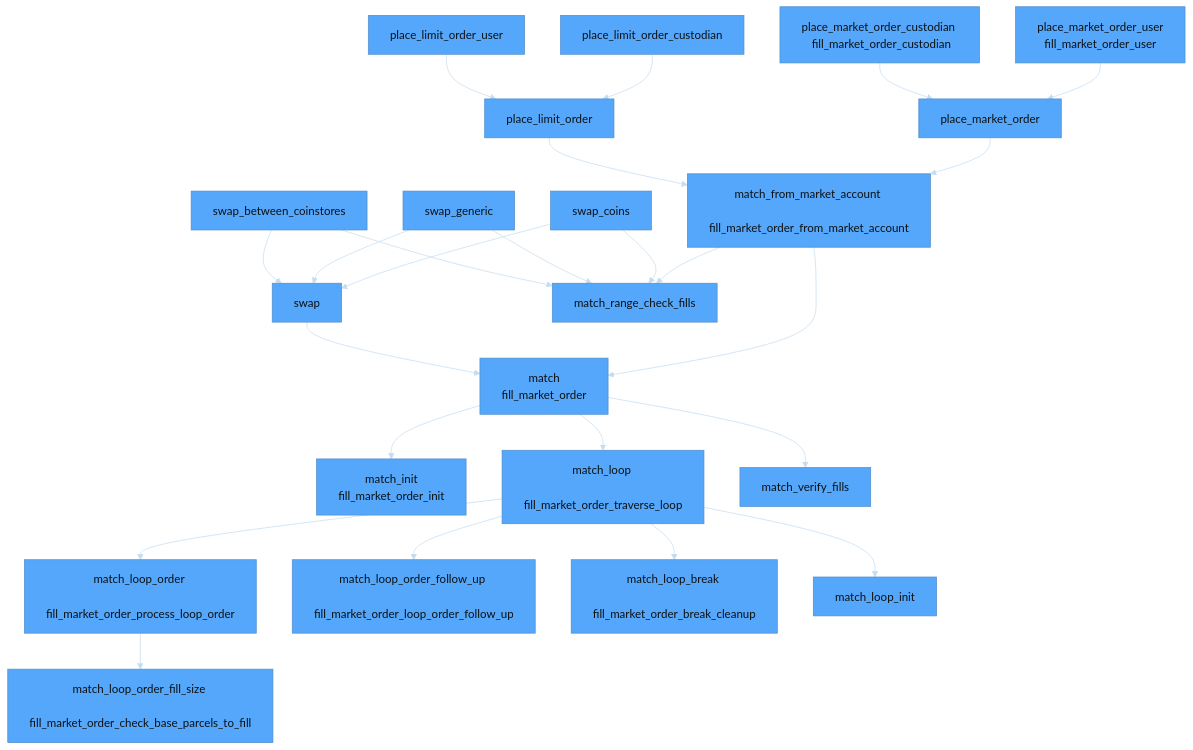
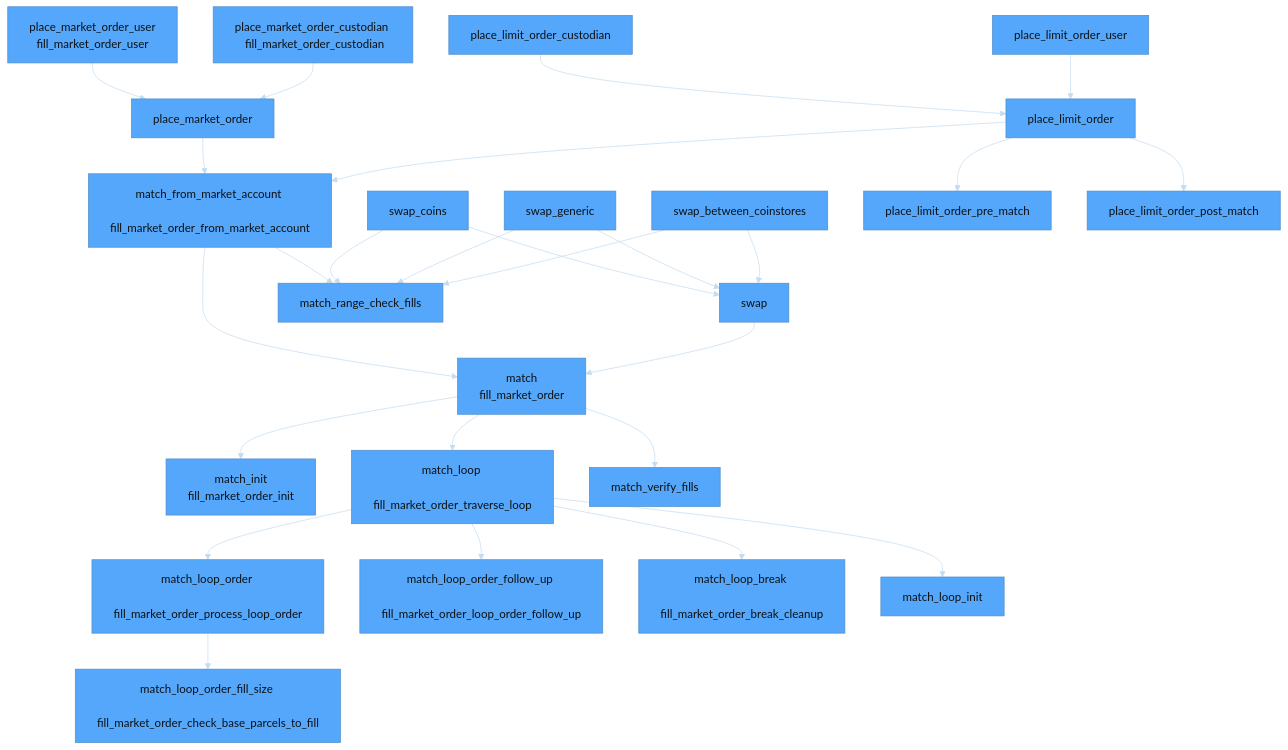
Before and after one commit to econia-labs/econia: the third of 3 diagrams in src/move/econia/dependencies.md, drawn with Mermaid. The commit also changed 2 other files, not shown here.

Commit message:
Abstract limit order init calls

```diff
--- a/src/move/econia/dependencies.md
+++ b/src/move/econia/dependencies.md
@@ -75,6 +75,8 @@
     match_loop_init[match_loop_init]
     match_range_check_fills[match_range_check_fills]
     swap_between_coinstores[swap_between_coinstores]
+    place_limit_order_pre_match[place_limit_order_pre_match]
+    place_limit_order_post_match[place_limit_order_post_match]
 
 %% Class definitions
 
@@ -82,6 +84,8 @@
     classDef implemented fill:#32cd32 %% Lime Green
     classDef unimplemented fill:#708090 %% Slate Gray
 
+    class place_limit_order_pre_match partially_implemented;
+    class place_limit_order_post_match partially_implemented;
     class swap_between_coinstores implemented;
     class match_verify_fills implemented;
     class swap_coins implemented;
@@ -116,6 +120,8 @@
     place_limit_order_user --> place_limit_order
     place_limit_order_custodian --> place_limit_order
     place_limit_order --> match_from_market_account
+    place_limit_order --> place_limit_order_pre_match
+    place_limit_order --> place_limit_order_post_match
     place_market_order --> match_from_market_account
     place_market_order_custodian --> place_market_order
     swap --> match
```
